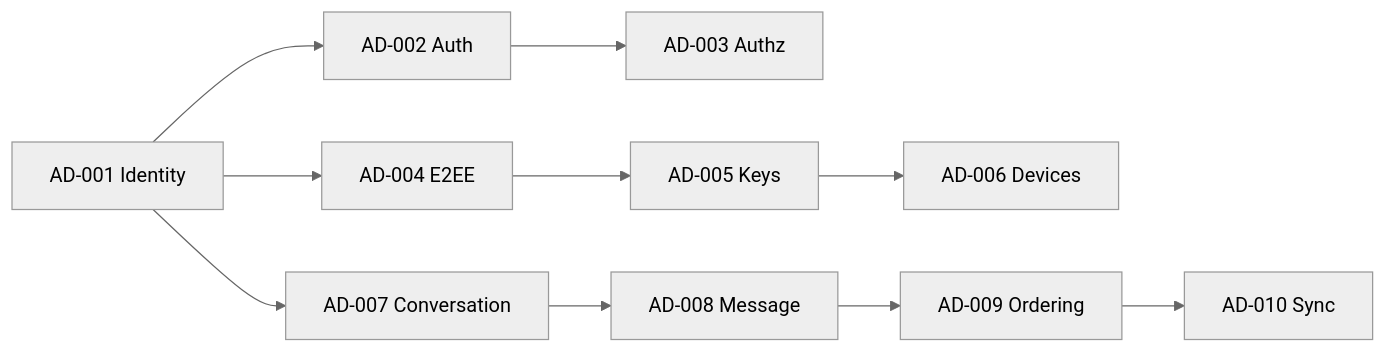
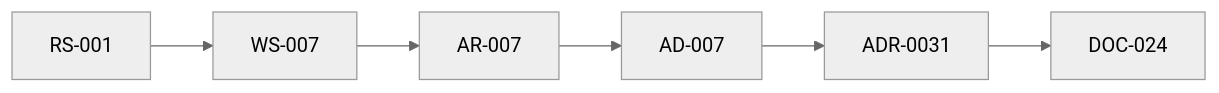
Before and after one commit to mohamedAbdelhamed03/ChatSolution: the diagram in docs/reviews/REVIEW-INDEX.md, drawn with Mermaid (neutral theme). The commit also changed other lines of this file and 18 other files, not shown here.

First line of the commit message:
docs(architecture): approve AD-007 conversation model and ratify ADR-0031

````diff
--- a/docs/reviews/REVIEW-INDEX.md
+++ b/docs/reviews/REVIEW-INDEX.md
@@ -55,12 +44,8 @@
 ```mermaid
 flowchart LR
-    A[AD-001 Identity] --> B[AD-002 Auth]
-    B --> C[AD-003 Authz]
-    A --> D[AD-004 E2EE]
-    D --> E[AD-005 Keys]
-    E --> F[AD-006 Devices]
-    A --> G[AD-007 Conversation]
-    G --> H[AD-008 Message]
-    H --> I[AD-009 Ordering]
-    I --> J[AD-010 Sync]
+    RS[RS-001] --> WS[WS-007]
+    WS --> AR[AR-007]
+    AR --> AD[AD-007]
+    AD --> ADR[ADR-0031]
+    ADR --> DOM[DOC-024]
 ```
````
